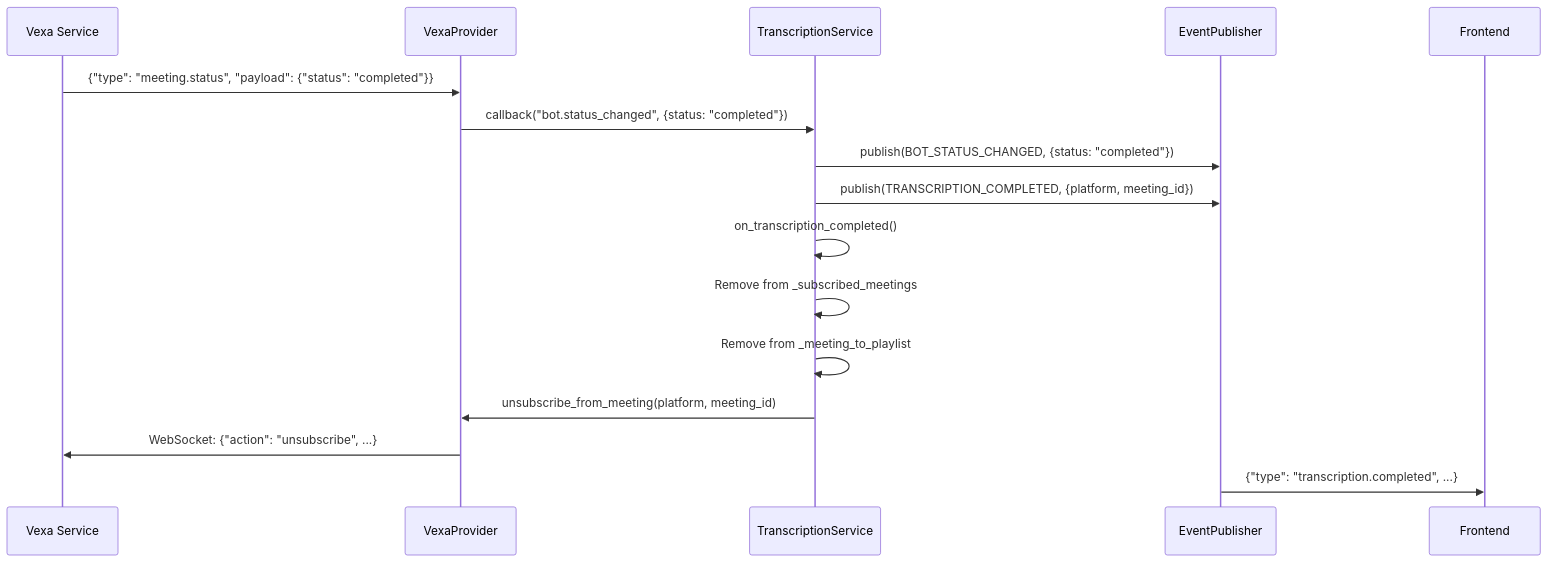
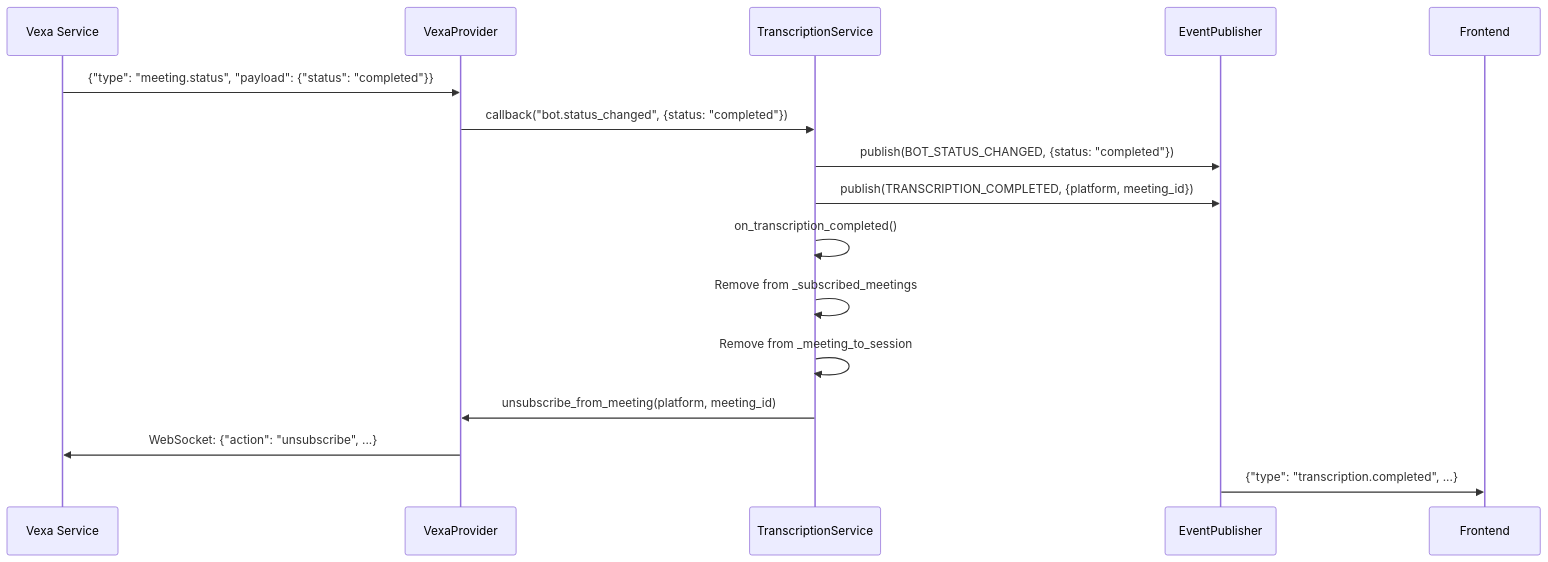
Before and after one commit to AcademySoftwareFoundation/dna: the fifth of 7 diagrams in backend/docs/TRANSCRIPTION_PIPELINE.md, drawn with Mermaid. The commit also changed other lines of this file and 99 other files, not shown here.

First line of the commit message:
#258 Add session provider and multi-playlist functionality (#276)

````diff
--- a/backend/docs/TRANSCRIPTION_PIPELINE.md
+++ b/backend/docs/TRANSCRIPTION_PIPELINE.md
@@ -473,19 +479,19 @@
 ```mermaid
 sequenceDiagram
     participant Vexa as Vexa Service
     participant VTP as VexaProvider
     participant TS as TranscriptionService
     participant EP as EventPublisher
     participant UI as Frontend
 
     Vexa->>VTP: {"type": "meeting.status", "payload": {"status": "completed"}}
     VTP->>TS: callback("bot.status_changed", {status: "completed"})
     TS->>EP: publish(BOT_STATUS_CHANGED, {status: "completed"})
     TS->>EP: publish(TRANSCRIPTION_COMPLETED, {platform, meeting_id})
     TS->>TS: on_transcription_completed()
     TS->>TS: Remove from _subscribed_meetings
-    TS->>TS: Remove from _meeting_to_playlist
+    TS->>TS: Remove from _meeting_to_session
     TS->>VTP: unsubscribe_from_meeting(platform, meeting_id)
     VTP->>Vexa: WebSocket: {"action": "unsubscribe", ...}
     EP->>UI: {"type": "transcription.completed", ...}
 ```
````
